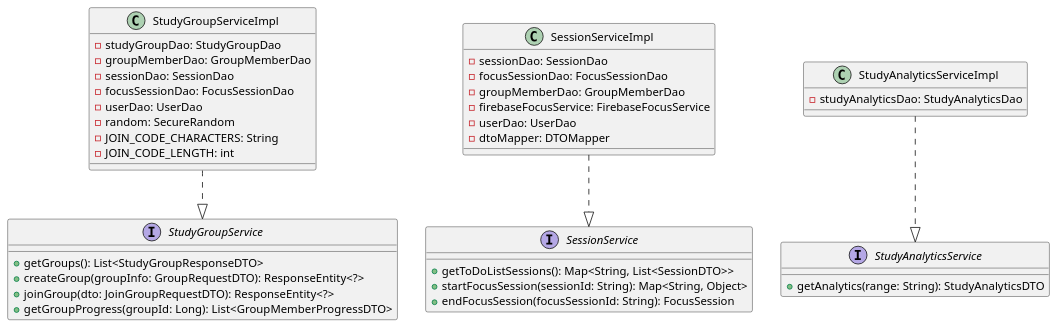
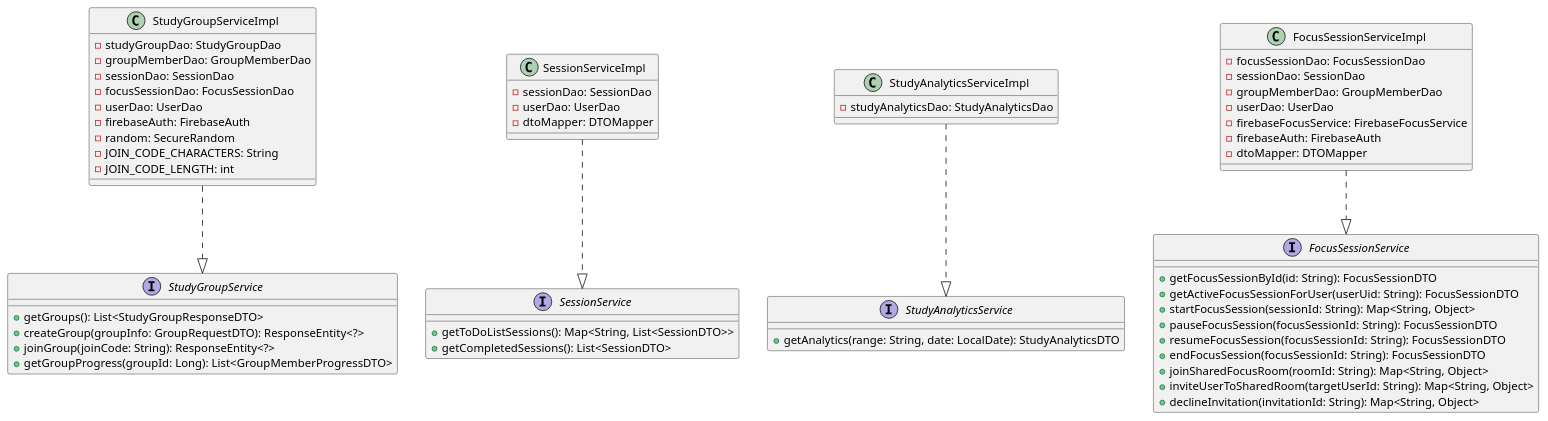
The diagram in p2/service-overview.puml (keerati5003/PlanMate-Diagram), drawn with PlantUML before and after one commit. The commit also changed 7 other files, not shown here.

Commit message:
update diagram

```diff
--- a/p2/service-overview.puml
+++ b/p2/service-overview.puml
@@ -1,48 +1,68 @@
 @startuml
 
 interface StudyGroupService {
     + getGroups(): List<StudyGroupResponseDTO>
     + createGroup(groupInfo: GroupRequestDTO): ResponseEntity<?>
-    + joinGroup(dto: JoinGroupRequestDTO): ResponseEntity<?>
+    + joinGroup(joinCode: String): ResponseEntity<?>
     + getGroupProgress(groupId: Long): List<GroupMemberProgressDTO>
 }
 
 interface SessionService {
     + getToDoListSessions(): Map<String, List<SessionDTO>>
-    + startFocusSession(sessionId: String): Map<String, Object>
-    + endFocusSession(focusSessionId: String): FocusSession
+    + getCompletedSessions(): List<SessionDTO>
 }
 
 interface StudyAnalyticsService {
-    + getAnalytics(range: String): StudyAnalyticsDTO
+    + getAnalytics(range: String, date: LocalDate): StudyAnalyticsDTO
+}
+
+interface FocusSessionService {
+    + getFocusSessionById(id: String): FocusSessionDTO
+    + getActiveFocusSessionForUser(userUid: String): FocusSessionDTO
+    + startFocusSession(sessionId: String): Map<String, Object>
+    + pauseFocusSession(focusSessionId: String): FocusSessionDTO
+    + resumeFocusSession(focusSessionId: String): FocusSessionDTO
+    + endFocusSession(focusSessionId: String): FocusSessionDTO
+    + joinSharedFocusRoom(roomId: String): Map<String, Object>
+    + inviteUserToSharedRoom(targetUserId: String): Map<String, Object>
+    + declineInvitation(invitationId: String): Map<String, Object>
 }
 
 class StudyGroupServiceImpl {
     - studyGroupDao: StudyGroupDao
     - groupMemberDao: GroupMemberDao
     - sessionDao: SessionDao
     - focusSessionDao: FocusSessionDao
     - userDao: UserDao
+    - firebaseAuth: FirebaseAuth
     - random: SecureRandom
     - JOIN_CODE_CHARACTERS: String
     - JOIN_CODE_LENGTH: int
 }
 
 class SessionServiceImpl {
     - sessionDao: SessionDao
-    - focusSessionDao: FocusSessionDao
-    - groupMemberDao: GroupMemberDao
-    - firebaseFocusService: FirebaseFocusService
     - userDao: UserDao
     - dtoMapper: DTOMapper
 }
 
 class StudyAnalyticsServiceImpl {
     - studyAnalyticsDao: StudyAnalyticsDao
 }
 
+class FocusSessionServiceImpl {
+    - focusSessionDao: FocusSessionDao
+    - sessionDao: SessionDao
+    - groupMemberDao: GroupMemberDao
+    - userDao: UserDao
+    - firebaseFocusService: FirebaseFocusService
+    - firebaseAuth: FirebaseAuth
+    - dtoMapper: DTOMapper
+}
+
 StudyGroupServiceImpl ..|> StudyGroupService
 SessionServiceImpl ..|> SessionService
 StudyAnalyticsServiceImpl ..|> StudyAnalyticsService
+FocusSessionServiceImpl ..|> FocusSessionService
 
 @enduml
```
